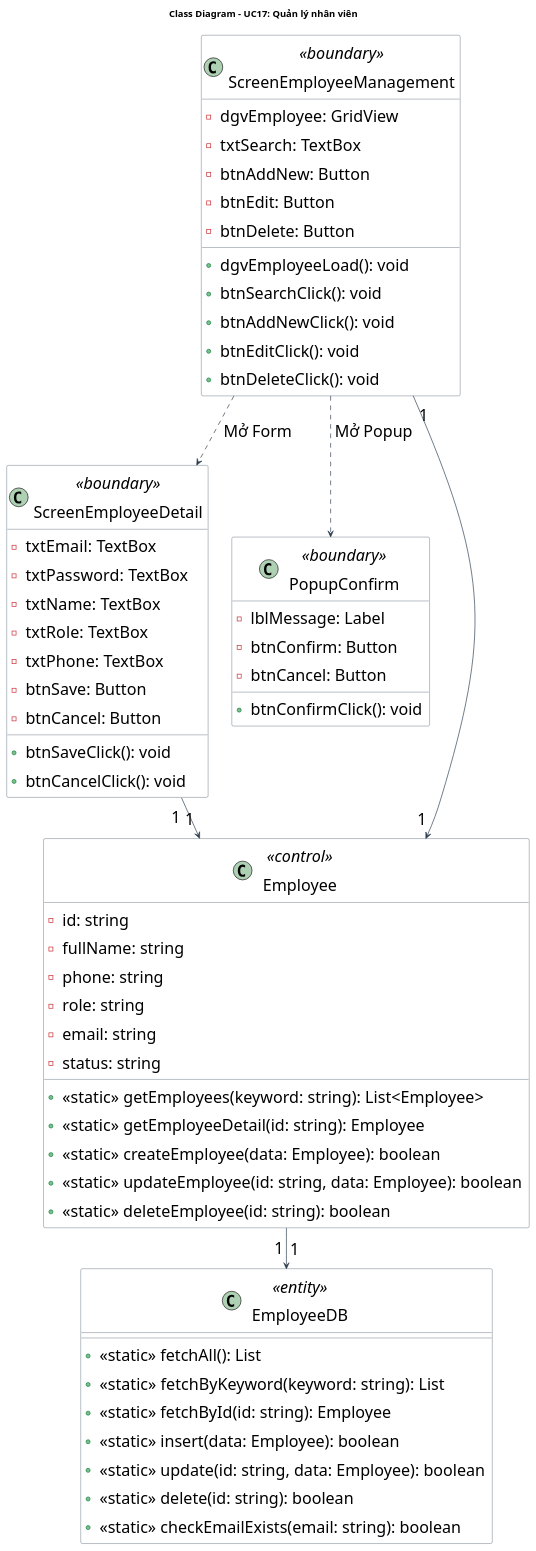
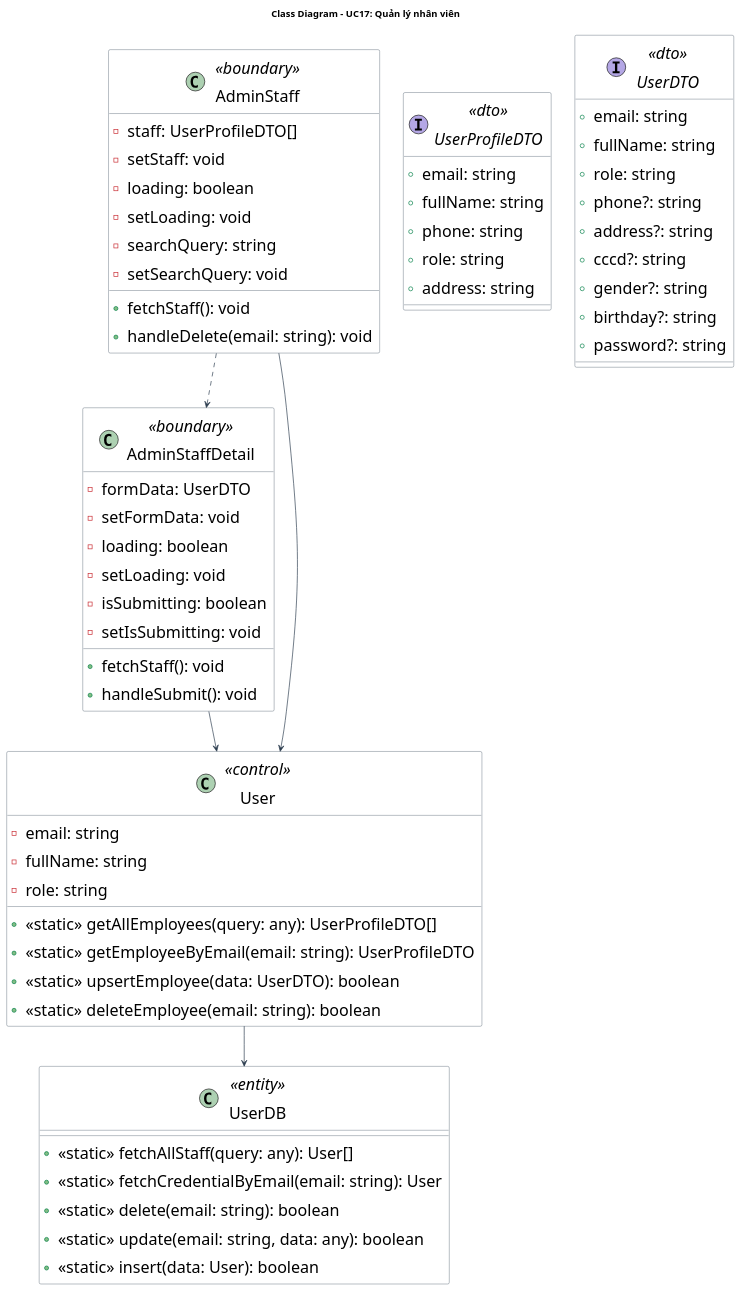
The diagram in doc/system/quan_ly_nhan_vien/QuanLyNhanVien_ClassDiagram.wsd (Gnourt812005/HCMUS-Analyze-and-desgin-IS), drawn with PlantUML before and after one commit. The commit also changed other lines of this file and 19 other files, not shown here.

Commit message:
trong: update class and sequence usecase

```diff
--- a/doc/system/quan_ly_nhan_vien/QuanLyNhanVien_ClassDiagram.wsd
+++ b/doc/system/quan_ly_nhan_vien/QuanLyNhanVien_ClassDiagram.wsd
@@ -1,80 +1,84 @@
 @startuml QuanLyNhanVien_ClassDiagram
 title Class Diagram - UC17: Quản lý nhân viên
 
 ' --- STYLE CONFIGURATION ---
 skinparam {
     ClassBackgroundColor White
     ClassBorderColor #2D3E50
     ArrowColor #2D3E50
     DefaultFontName "Arial"
     DefaultFontSize 24
     Padding 5
 }
 
 ' --- BOUNDARY LAYER ---
-class "ScreenEmployeeManagement" as ScreenEM <<boundary>> {
-    - dgvEmployee: GridView
-    - txtSearch: TextBox
-    - btnAddNew: Button
-    - btnEdit: Button
-    - btnDelete: Button
-    + dgvEmployeeLoad(): void
-    + btnSearchClick(): void
-    + btnAddNewClick(): void
-    + btnEditClick(): void
-    + btnDeleteClick(): void
+class "AdminStaff" <<boundary>> {
+    - staff: UserProfileDTO[]
+    - setStaff: void
+    - loading: boolean
+    - setLoading: void
+    - searchQuery: string
+    - setSearchQuery: void
+    + fetchStaff(): void
+    + handleDelete(email: string): void
 }
 
-class "ScreenEmployeeDetail" as ScreenED <<boundary>> {
-    - txtEmail: TextBox
-    - txtPassword: TextBox
-    - txtName: TextBox
-    - txtRole: TextBox
-    - txtPhone: TextBox
-    - btnSave: Button
-    - btnCancel: Button
-    + btnSaveClick(): void
-    + btnCancelClick(): void
+class "AdminStaffDetail" <<boundary>> {
+    - formData: UserDTO
+    - setFormData: void
+    - loading: boolean
+    - setLoading: void
+    - isSubmitting: boolean
+    - setIsSubmitting: void
+    + fetchStaff(): void
+    + handleSubmit(): void
 }
 
-class "PopupConfirm" as Popup <<boundary>> {
-    - lblMessage: Label
-    - btnConfirm: Button
-    - btnCancel: Button
-    + btnConfirmClick(): void
+' --- DTO LAYER ---
+interface "UserProfileDTO" <<dto>> {
+    + email: string
+    + fullName: string
+    + phone: string
+    + role: string
+    + address: string
+}
+
+interface "UserDTO" <<dto>> {
+    + email: string
+    + fullName: string
+    + role: string
+    + phone?: string
+    + address?: string
+    + cccd?: string
+    + gender?: string
+    + birthday?: string
+    + password?: string
 }
 
 ' --- BUSINESS LAYER ---
-class "Employee" as Employee <<control>> {
-    - id: string
+class "User" <<control>> {
+    - email: string
     - fullName: string
-    - phone: string
     - role: string
-    - email: string
-    - status: string
-    + <<static>> getEmployees(keyword: string): List<Employee>
-    + <<static>> getEmployeeDetail(id: string): Employee
-    + <<static>> createEmployee(data: Employee): boolean
-    + <<static>> updateEmployee(id: string, data: Employee): boolean
-    + <<static>> deleteEmployee(id: string): boolean
+    + <<static>> getAllEmployees(query: any): UserProfileDTO[]
+    + <<static>> getEmployeeByEmail(email: string): UserProfileDTO
+    + <<static>> upsertEmployee(data: UserDTO): boolean
+    + <<static>> deleteEmployee(email: string): boolean
 }
 
 ' --- DATABASE LAYER ---
-class "EmployeeDB" as EmployeeDB <<entity>> {
-    + <<static>> fetchAll(): List
-    + <<static>> fetchByKeyword(keyword: string): List
-    + <<static>> fetchById(id: string): Employee
-    + <<static>> insert(data: Employee): boolean
-    + <<static>> update(id: string, data: Employee): boolean
-    + <<static>> delete(id: string): boolean
-    + <<static>> checkEmailExists(email: string): boolean
+class "UserDB" <<entity>> {
+    + <<static>> fetchAllStaff(query: any): User[]
+    + <<static>> fetchCredentialByEmail(email: string): User
+    + <<static>> delete(email: string): boolean
+    + <<static>> update(email: string, data: any): boolean
+    + <<static>> insert(data: User): boolean
 }
 
 ' --- RELATIONSHIPS ---
-ScreenEM "1" --> "1" Employee
-ScreenED "1" --> "1" Employee
-Employee "1" --> "1" EmployeeDB
-ScreenEM ..> ScreenED : Mở Form 
-ScreenEM ..> Popup : Mở Popup 
+AdminStaff --> User
+AdminStaffDetail --> User
+User --> UserDB
+AdminStaff ..> AdminStaffDetail
 
 @enduml
```
